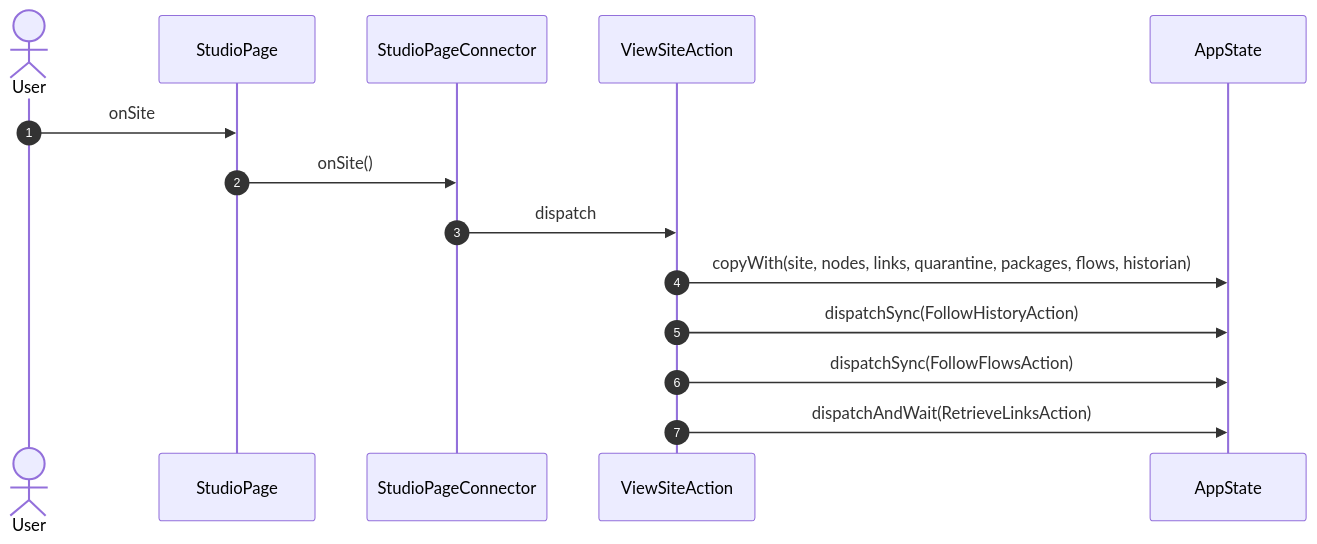
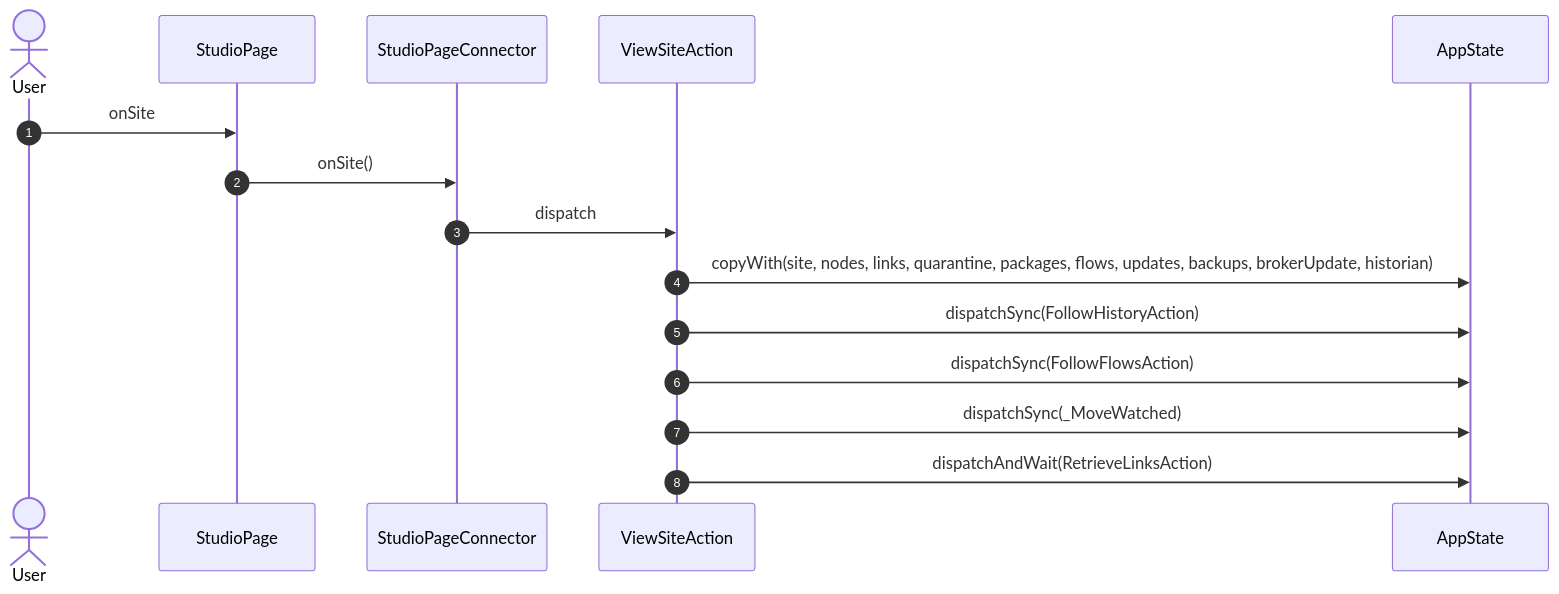
The fourth of 13 diagrams in studio/docs/flows/studio.md (gencto/wyrm), drawn with Mermaid before and after one commit. The commit also changed other lines of this file and 131 other files, not shown here.

````diff
--- a/studio/docs/flows/studio.md
+++ b/studio/docs/flows/studio.md
@@ -63,17 +63,18 @@
 ```mermaid
 sequenceDiagram
     autonumber
     actor User
     participant UI as StudioPage
     participant VM as StudioPageConnector
     participant A1 as ViewSiteAction
     participant ST as AppState
 
     User->>UI: onSite
     UI->>VM: onSite()
     VM->>A1: dispatch
-    A1->>ST: copyWith(site, nodes, links, quarantine, packages, flows, historian)
+    A1->>ST: copyWith(site, nodes, links, quarantine, packages, flows, updates, backups, brokerUpdate, historian)
     A1->>ST: dispatchSync(FollowHistoryAction)
     A1->>ST: dispatchSync(FollowFlowsAction)
+    A1->>ST: dispatchSync(_MoveWatched)
     A1->>ST: dispatchAndWait(RetrieveLinksAction)
 ```
````
